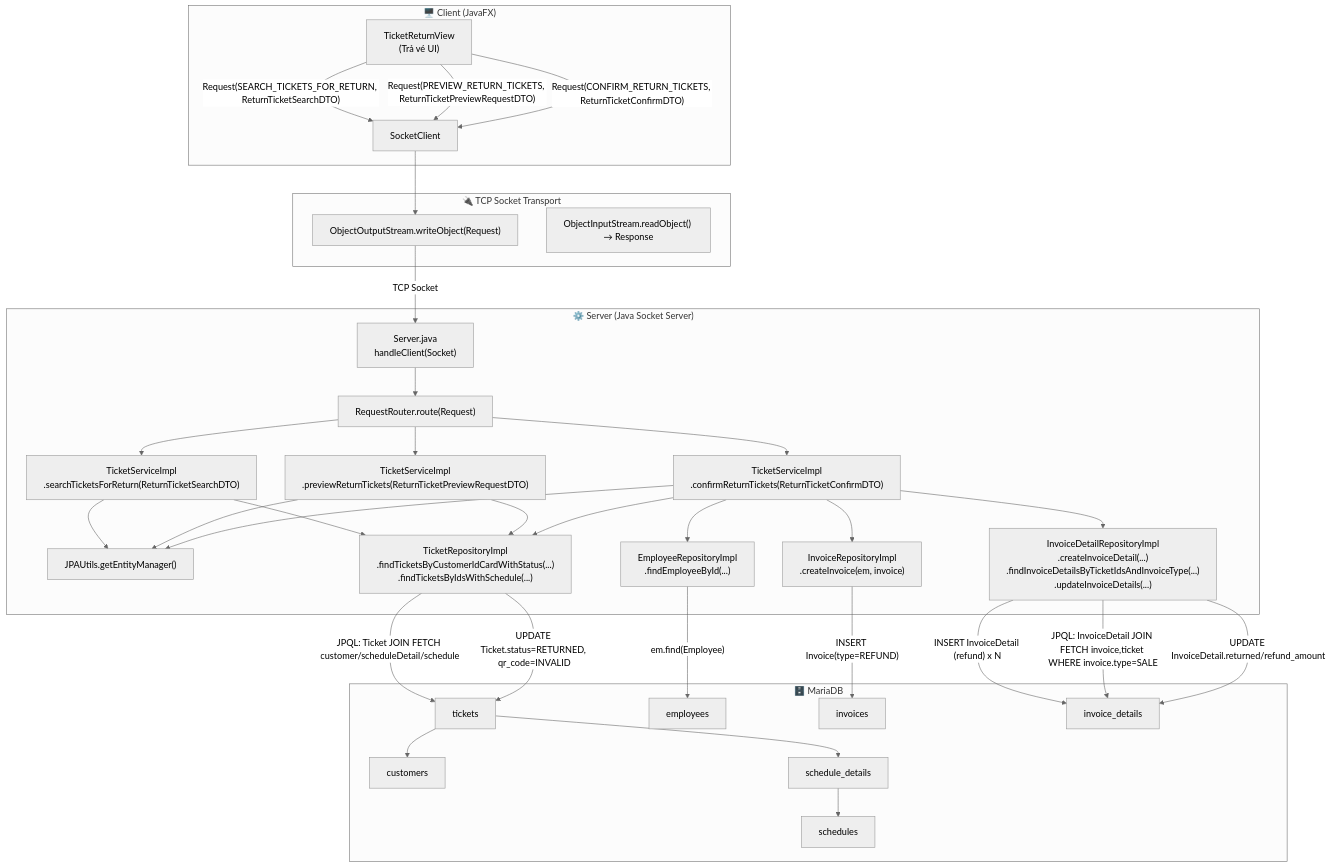
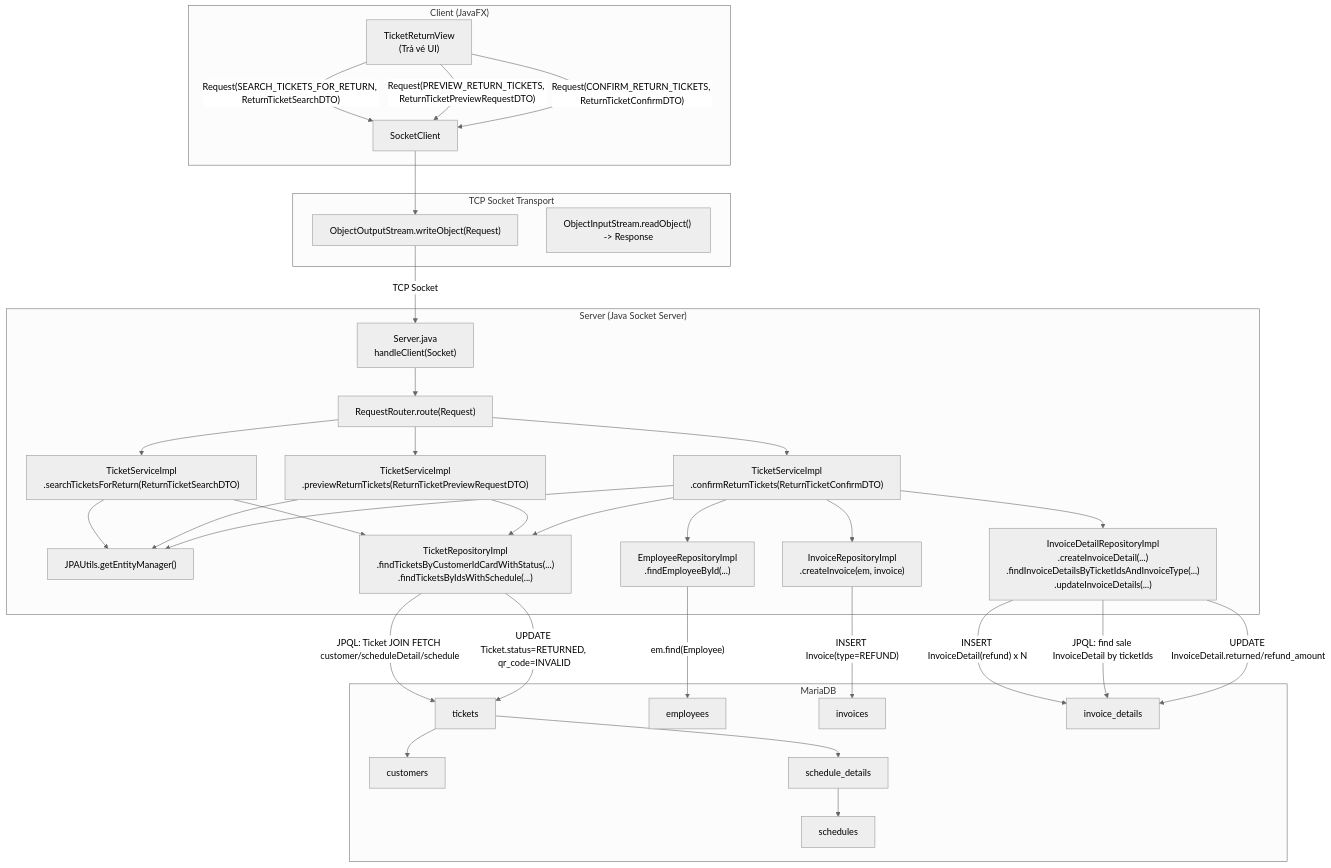
One commit to Distributed-Programing-Project/railway-reservation-system-server changed the first of 3 diagrams in docs/diagrams/sequence/uc003-tra-ve.md. Above: the diagram before and after it, drawn with Mermaid (neutral theme). The commit also changed other lines of this file and 1 other file, not shown here.

````diff
--- a/docs/diagrams/sequence/uc003-tra-ve.md
+++ b/docs/diagrams/sequence/uc003-tra-ve.md
@@ -7,69 +7,69 @@
 ```mermaid
 graph TB
-    subgraph CLIENT ["🖥️ Client (JavaFX)"]
+    subgraph CLIENT ["Client (JavaFX)"]
         UI["TicketReturnView\n(Trả vé UI)"]
         SC["SocketClient"]
     end
 
-    subgraph TRANSPORT ["🔌 TCP Socket Transport"]
+    subgraph TRANSPORT ["TCP Socket Transport"]
         OOS["ObjectOutputStream.writeObject(Request)"]
-        OIS["ObjectInputStream.readObject() → Response"]
+        OIS["ObjectInputStream.readObject() -> Response"]
     end
 
-    subgraph SERVER ["⚙️ Server (Java Socket Server)"]
+    subgraph SERVER ["Server (Java Socket Server)"]
         SRV["Server.java\nhandleClient(Socket)"]
         RR["RequestRouter.route(Request)"]
         SVC1["TicketServiceImpl\n.searchTicketsForReturn(ReturnTicketSearchDTO)"]
         SVC2["TicketServiceImpl\n.previewReturnTickets(ReturnTicketPreviewRequestDTO)"]
         SVC3["TicketServiceImpl\n.confirmReturnTickets(ReturnTicketConfirmDTO)"]
         JPA["JPAUtils.getEntityManager()"]
         T_REPO["TicketRepositoryImpl\n.findTicketsByCustomerIdCardWithStatus(...)\n.findTicketsByIdsWithSchedule(...)"]
         E_REPO["EmployeeRepositoryImpl\n.findEmployeeById(...)"]
         I_REPO["InvoiceRepositoryImpl\n.createInvoice(em, invoice)"]
         ID_REPO["InvoiceDetailRepositoryImpl\n.createInvoiceDetail(...)\n.findInvoiceDetailsByTicketIdsAndInvoiceType(...)\n.updateInvoiceDetails(...)"]
     end
 
-    subgraph DB ["🗄️ MariaDB"]
+    subgraph DB ["MariaDB"]
         T_TICKET["tickets"]
         T_CUS["customers"]
         T_SD["schedule_details"]
         T_SCH["schedules"]
         T_EMP["employees"]
         T_INV["invoices"]
         T_INVD["invoice_details"]
     end
 
     UI -- "Request(SEARCH_TICKETS_FOR_RETURN, ReturnTicketSearchDTO)" --> SC
     UI -- "Request(PREVIEW_RETURN_TICKETS, ReturnTicketPreviewRequestDTO)" --> SC
     UI -- "Request(CONFIRM_RETURN_TICKETS, ReturnTicketConfirmDTO)" --> SC
 
     SC --> OOS
     OOS -- "TCP Socket" --> SRV
     SRV --> RR
     RR --> SVC1
     RR --> SVC2
     RR --> SVC3
 
     SVC1 --> JPA
     SVC2 --> JPA
     SVC3 --> JPA
 
     SVC1 --> T_REPO
     SVC2 --> T_REPO
     SVC3 --> T_REPO
     SVC3 --> E_REPO
     SVC3 --> I_REPO
     SVC3 --> ID_REPO
 
     T_REPO -- "JPQL: Ticket JOIN FETCH customer/scheduleDetail/schedule" --> T_TICKET
     E_REPO -- "em.find(Employee)" --> T_EMP
     I_REPO -- "INSERT Invoice(type=REFUND)" --> T_INV
-    ID_REPO -- "INSERT InvoiceDetail (refund) x N" --> T_INVD
-    ID_REPO -- "JPQL: InvoiceDetail JOIN FETCH invoice,ticket WHERE invoice.type=SALE" --> T_INVD
+    ID_REPO -- "INSERT InvoiceDetail(refund) x N" --> T_INVD
+    ID_REPO -- "JPQL: find sale InvoiceDetail by ticketIds" --> T_INVD
     ID_REPO -- "UPDATE InvoiceDetail.returned/refund_amount" --> T_INVD
     T_REPO -- "UPDATE Ticket.status=RETURNED, qr_code=INVALID" --> T_TICKET
 
     T_TICKET --> T_CUS
     T_TICKET --> T_SD
     T_SD --> T_SCH
 ```
````
